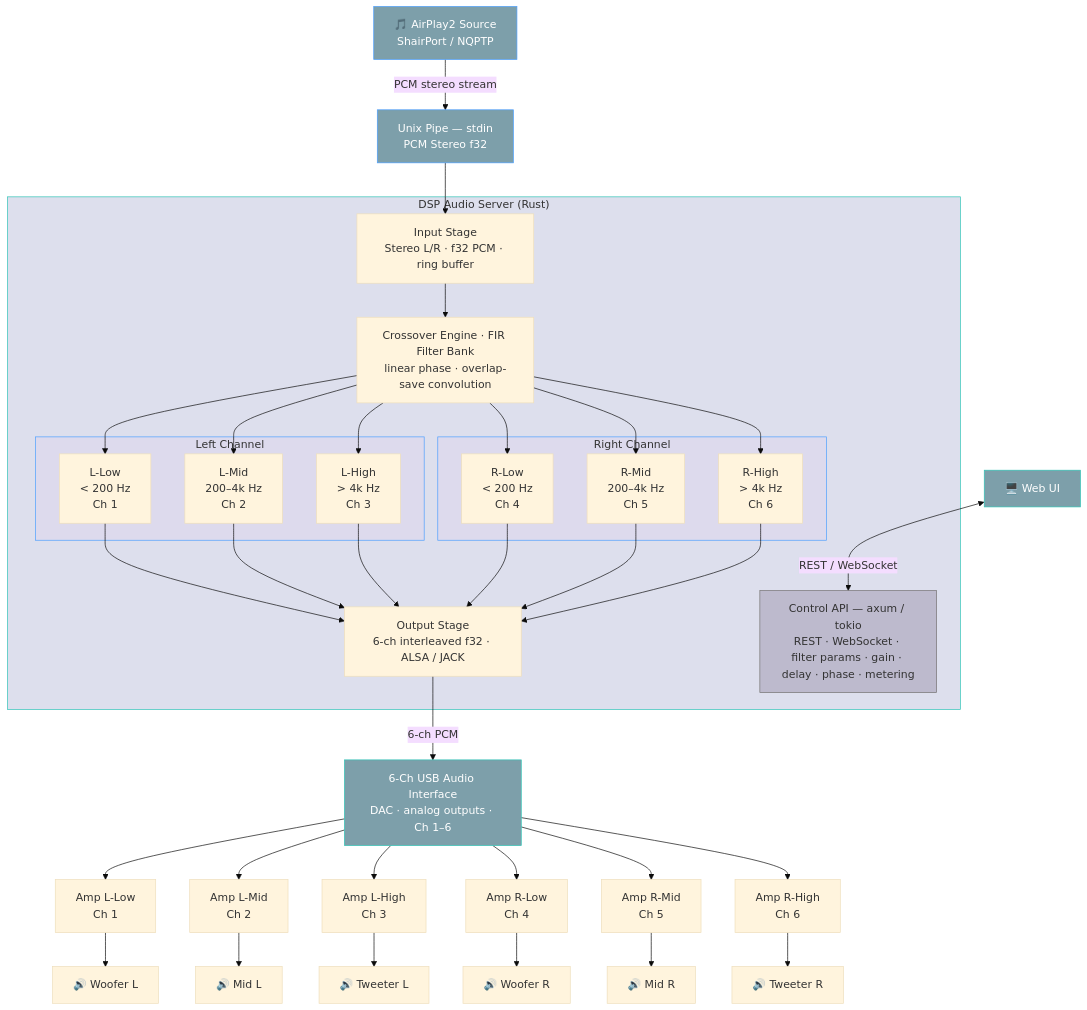
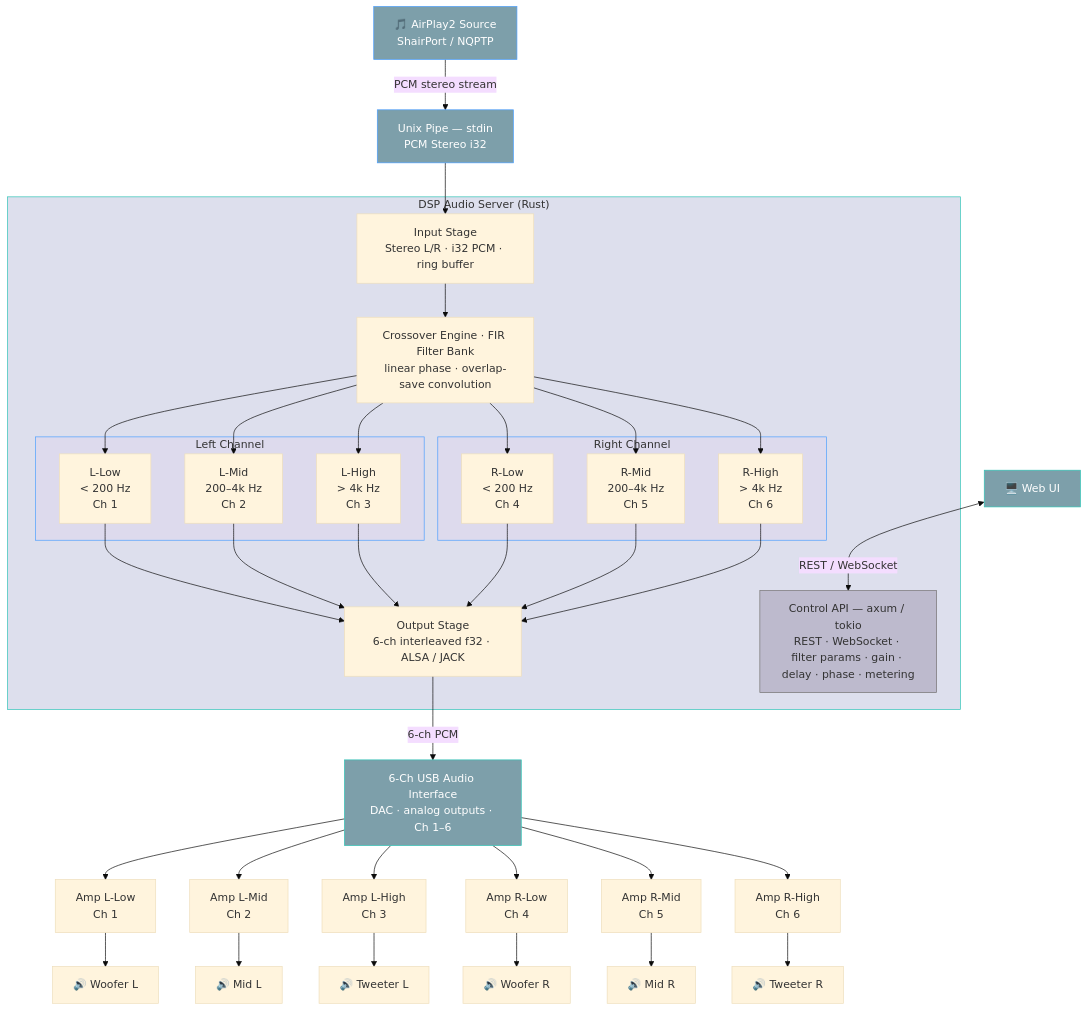
Before and after one commit to DirectX/digital-crossover-dsp: the diagram in README.md, drawn with Mermaid (base theme). The commit also changed other lines of this file and 3 other files, not shown here.

````diff
--- a/README.md
+++ b/README.md
@@ -5,63 +5,63 @@
 ```mermaid
 flowchart TD
     AP["🎵 AirPlay2 Source\nShairPort / NQPTP"]
-    PIPE["Unix Pipe — stdin\nPCM Stereo f32"]
+    PIPE["Unix Pipe — stdin\nPCM Stereo i32"]
 
     AP -->|"PCM stereo stream"| PIPE
 
     subgraph DSP["DSP Audio Server (Rust)"]
-        IN["Input Stage\nStereo L/R · f32 PCM · ring buffer"]
+        IN["Input Stage\nStereo L/R · i32 PCM · ring buffer"]
         FIR["Crossover Engine · FIR Filter Bank\nlinear phase · overlap-save convolution"]
 
         IN --> FIR
 
         FIR --> LL["L-Low\n< 200 Hz\nCh 1"]
         FIR --> LM["L-Mid\n200–4k Hz\nCh 2"]
         FIR --> LH["L-High\n> 4k Hz\nCh 3"]
         FIR --> RL["R-Low\n< 200 Hz\nCh 4"]
         FIR --> RM["R-Mid\n200–4k Hz\nCh 5"]
         FIR --> RH["R-High\n> 4k Hz\nCh 6"]
 
         subgraph LCH["Left Channel"]
             LL
             LM
             LH
         end
 
         subgraph RCH["Right Channel"]
             RL
             RM
             RH
         end
 
         OUT["Output Stage\n6-ch interleaved f32 · ALSA / JACK"]
         API["Control API — axum / tokio\nREST · WebSocket · filter params · gain · delay · phase · metering"]
 
         LL & LM & LH & RL & RM & RH --> OUT
     end
 
     PIPE --> IN
 
     OUT -->|"6-ch PCM"| DAC["6-Ch USB Audio Interface\nDAC · analog outputs · Ch 1–6"]
 
     DAC --> A1["Amp L-Low\nCh 1"] & A2["Amp L-Mid\nCh 2"] & A3["Amp L-High\nCh 3"]
     DAC --> A4["Amp R-Low\nCh 4"] & A5["Amp R-Mid\nCh 5"] & A6["Amp R-High\nCh 6"]
 
     A1 --> D1["🔊 Woofer L"]
     A2 --> D2["🔊 Mid L"]
     A3 --> D3["🔊 Tweeter L"]
     A4 --> D4["🔊 Woofer R"]
     A5 --> D5["🔊 Mid R"]
     A6 --> D6["🔊 Tweeter R"]
 
     WEBUI["🖥️ Web UI"] <-->|"REST / WebSocket"| API
 
     style DSP fill:#dddfed,stroke:#2ec4b6,color:#333
     style LCH fill:#dddaed,stroke:#4a9eff,color:#333
     style RCH fill:#dddaed,stroke:#4a9eff,color:#333
     style API fill:#bdbacd,stroke:#747271,color:#333
     style WEBUI fill:#7d9faa,stroke:#2ec4b6,color:#fff
     style AP fill:#7d9faa,stroke:#4a9eff,color:#fff
     style PIPE fill:#7d9faa,stroke:#4a9eff,color:#fff
     style DAC fill:#7d9faa,stroke:#2ec4b6,color:#fff
 ```
````
